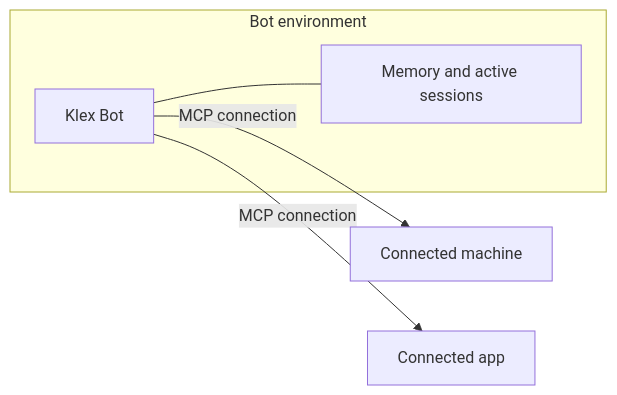
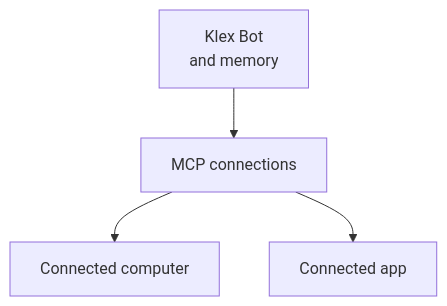
Before and after one commit to stagewise-io/klex: the diagram in apps/docs/docs/bot/concepts/01-how-bots-work.mdx, drawn with Mermaid. The commit also changed other lines of this file and 7 other files, not shown here.

Commit message:
docs: clarify bot diagram and memory

````diff
--- a/apps/docs/docs/bot/concepts/01-how-bots-work.mdx
+++ b/apps/docs/docs/bot/concepts/01-how-bots-work.mdx
@@ -17,10 +17,9 @@
 ```mermaid
-flowchart LR
-    subgraph BotEnv["Bot environment"]
-      Bot["Klex Bot"]
-      Memory["Memory and active sessions"]
-      Bot --- Memory
-    end
-    Bot -->|"MCP connection"| Machine["Connected machine"]
-    Bot -->|"MCP connection"| App["Connected app"]
+flowchart TB
+    accTitle: Klex Bot connections
+    accDescr: The Bot and its memory are in its own environment. The Bot uses MCP to connect to computers and apps.
+    BotEnv["Klex Bot<br/>and memory"]
+    BotEnv --> MCP["MCP connections"]
+    MCP --> Computer["Connected computer"]
+    MCP --> App["Connected app"]
 ```
````
